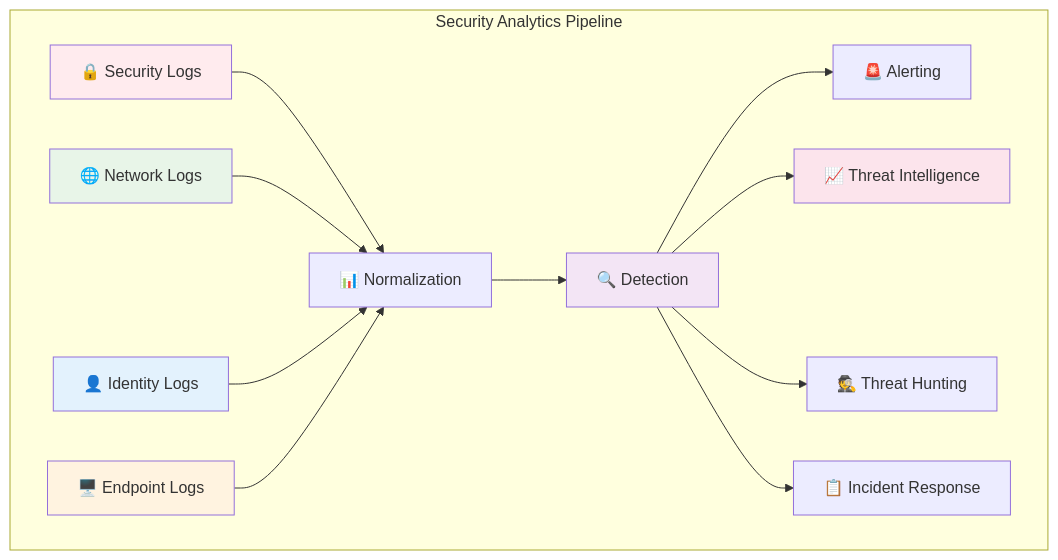
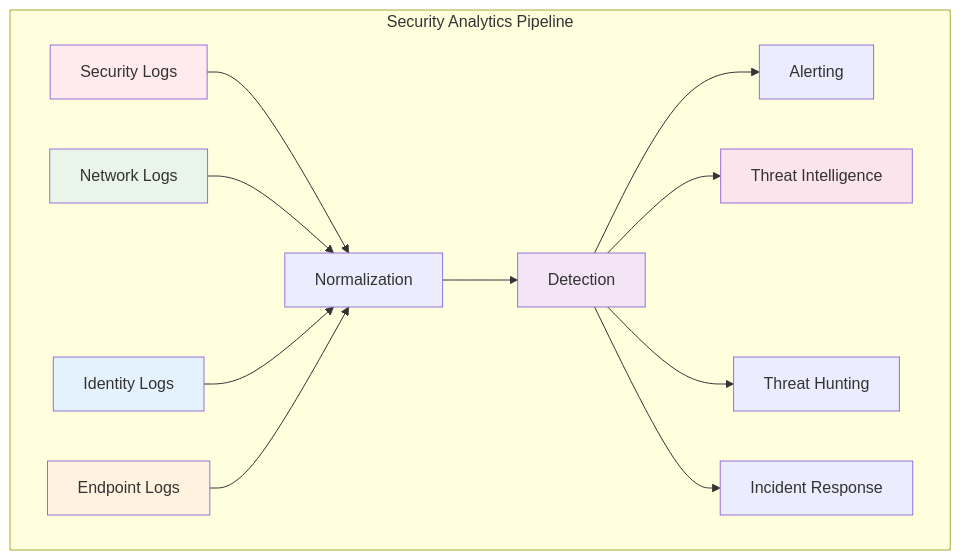
Before and after one commit to kustonaut/kql-cheat-sheet: the eighth of 8 diagrams in KQL-Cheat-Sheet.md, drawn with Mermaid. The commit also changed other lines of this file and 13 other files, not shown here.

````diff
--- a/KQL-Cheat-Sheet.md
+++ b/KQL-Cheat-Sheet.md
@@ -671,23 +963,23 @@
 ```mermaid
 graph TB
     subgraph "Security Analytics Pipeline"
-        A[🔒 Security Logs] --> B[📊 Normalization]
-        B --> C[🔍 Detection]
-        C --> D[🚨 Alerting]
+        A[Security Logs] --> B[Normalization]
+        B --> C[Detection]
+        C --> D[Alerting]
         
-        E[🌐 Network Logs] --> B
-        F[👤 Identity Logs] --> B
-        G[🖥️ Endpoint Logs] --> B
+        E[Network Logs] --> B
+        F[Identity Logs] --> B
+        G[Endpoint Logs] --> B
         
-        C --> H[📈 Threat Intelligence]
-        C --> I[🕵️ Threat Hunting]
-        C --> J[📋 Incident Response]
+        C --> H[Threat Intelligence]
+        C --> I[Threat Hunting]
+        C --> J[Incident Response]
     end
     
     style A fill:#ffebee
     style E fill:#e8f5e8
     style F fill:#e3f2fd
     style G fill:#fff3e0
     style C fill:#f3e5f5
     style H fill:#fce4ec
 ```
````
